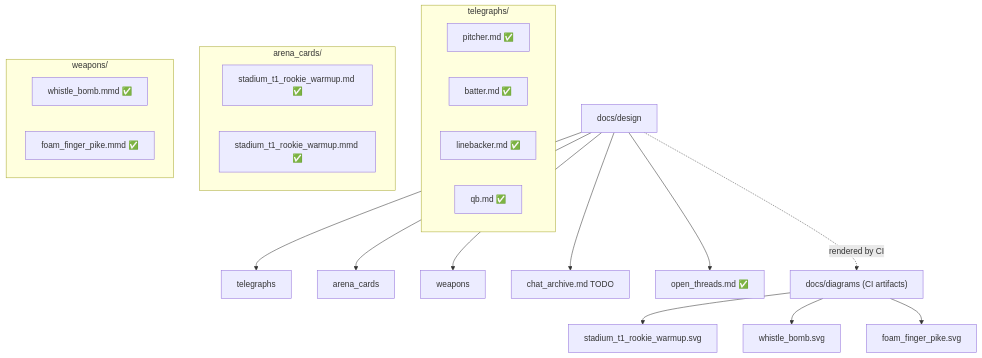
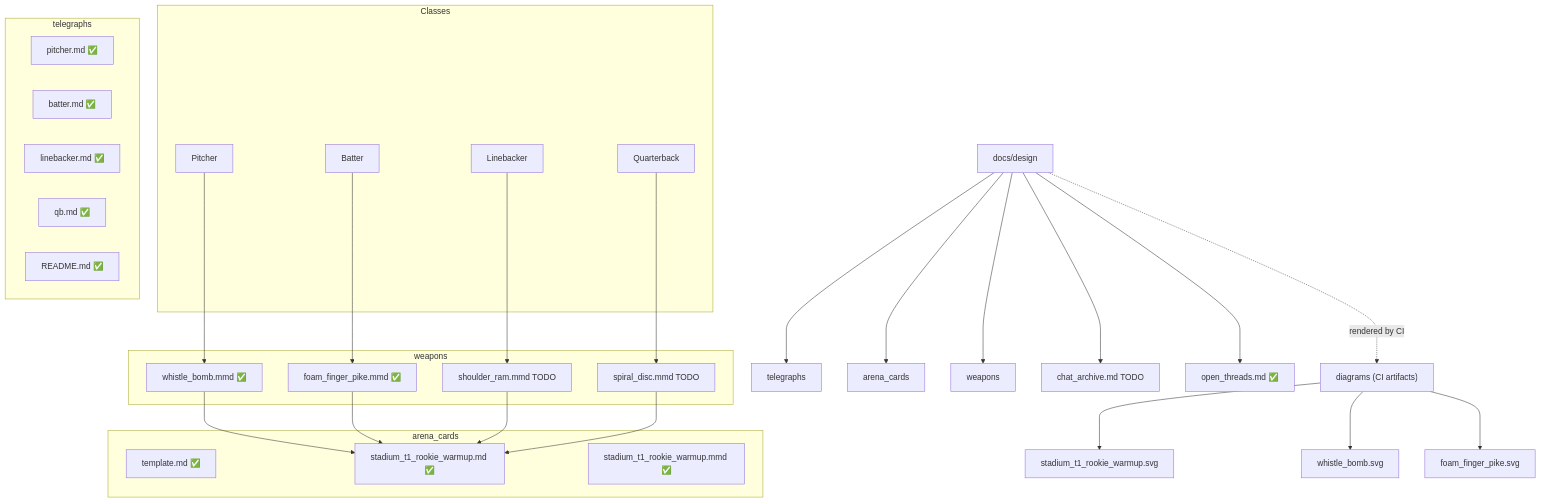
Before and after one commit to mimatt24/FieldofHorrors: the diagram in FieldOfHorrors/docs/design/overview.mmd, drawn with Mermaid. The commit also changed 1 other file, not shown here.

Commit message:
docs(overview): classes → baseline weapons → Stadium T1 (auto-generated)

```diff
--- a/FieldOfHorrors/docs/design/overview.mmd
+++ b/FieldOfHorrors/docs/design/overview.mmd
@@ -1,35 +1,53 @@
 %% Field of Horrors – Design Overview (auto-generated)
 flowchart TD
 A["docs/design"]
 DG["telegraphs"]
 AC["arena_cards"]
 W["weapons"]
 CA["chat_archive.md TODO"]
 OT["open_threads.md ✅"]
-DGM["docs/diagrams (CI artifacts)"]
-subgraph TSG["telegraphs/"]
-  TP["pitcher.md ✅"]
-  TB["batter.md ✅"]
-  TL["linebacker.md ✅"]
-  TQ["qb.md ✅"]
-end
-subgraph ACG["arena_cards/"]
-  S1MD["stadium_t1_rookie_warmup.md ✅"]
-  S1MMD["stadium_t1_rookie_warmup.mmd ✅"]
-end
-subgraph WG["weapons/"]
-  WB["whistle_bomb.mmd ✅"]
-  FP["foam_finger_pike.mmd ✅"]
-end
+DGM["diagrams (CI artifacts)"]
 A --> DG
 A --> AC
 A --> W
 A --> CA
 A --> OT
 A -. rendered by CI .-> DGM
+subgraph CLASSES["Classes"]
+  C_P["Pitcher"]
+  C_B["Batter"]
+  C_L["Linebacker"]
+  C_Q["Quarterback"]
+end
+subgraph TSG["telegraphs"]
+  T_pitcher_md["pitcher.md ✅"]
+  T_batter_md["batter.md ✅"]
+  T_linebacker_md["linebacker.md ✅"]
+  T_qb_md["qb.md ✅"]
+  T_README_md["README.md ✅"]
+end
+subgraph ACG["arena_cards"]
+  A_template_md["template.md ✅"]
+  A_stadium_t1_rookie_warmup_md["stadium_t1_rookie_warmup.md ✅"]
+  A_stadium_t1_rookie_warmup_mmd["stadium_t1_rookie_warmup.mmd ✅"]
+end
+subgraph WG["weapons"]
+  W_whistle_bomb_mmd["whistle_bomb.mmd ✅"]
+  W_foam_finger_pike_mmd["foam_finger_pike.mmd ✅"]
+  W_shoulder_ram_mmd["shoulder_ram.mmd TODO"]
+  W_spiral_disc_mmd["spiral_disc.mmd TODO"]
+end
+C_P --> W_whistle_bomb_mmd
+C_B --> W_foam_finger_pike_mmd
+C_L --> W_shoulder_ram_mmd
+C_Q --> W_spiral_disc_mmd
+W_whistle_bomb_mmd --> A_stadium_t1_rookie_warmup_md
+W_foam_finger_pike_mmd --> A_stadium_t1_rookie_warmup_md
+W_shoulder_ram_mmd --> A_stadium_t1_rookie_warmup_md
+W_spiral_disc_mmd --> A_stadium_t1_rookie_warmup_md
 ST1SVG["stadium_t1_rookie_warmup.svg"]
 WBSVG["whistle_bomb.svg"]
 FPSVG["foam_finger_pike.svg"]
 DGM --> ST1SVG
 DGM --> WBSVG
 DGM --> FPSVG
```
